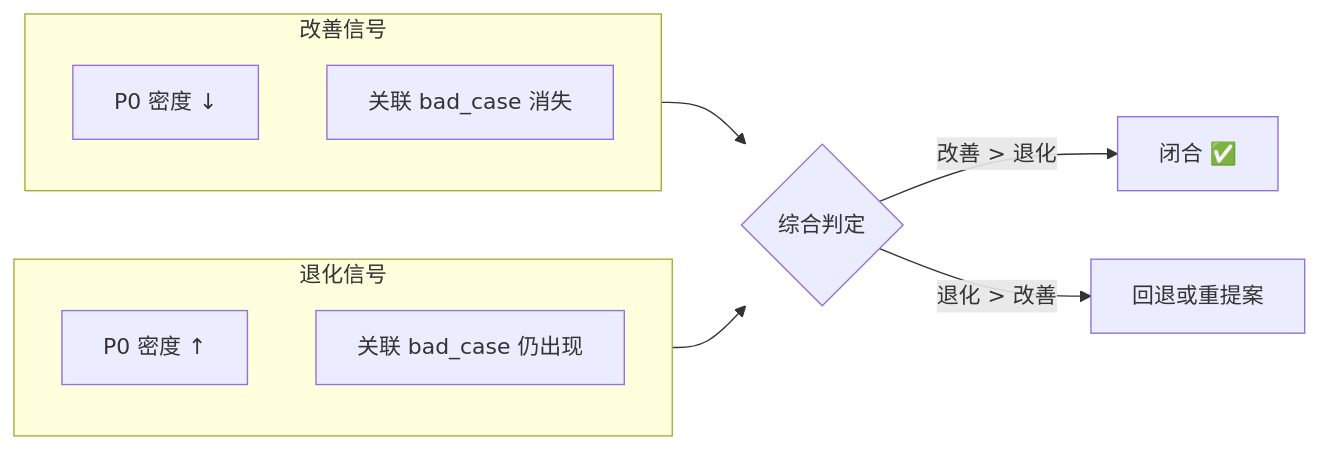
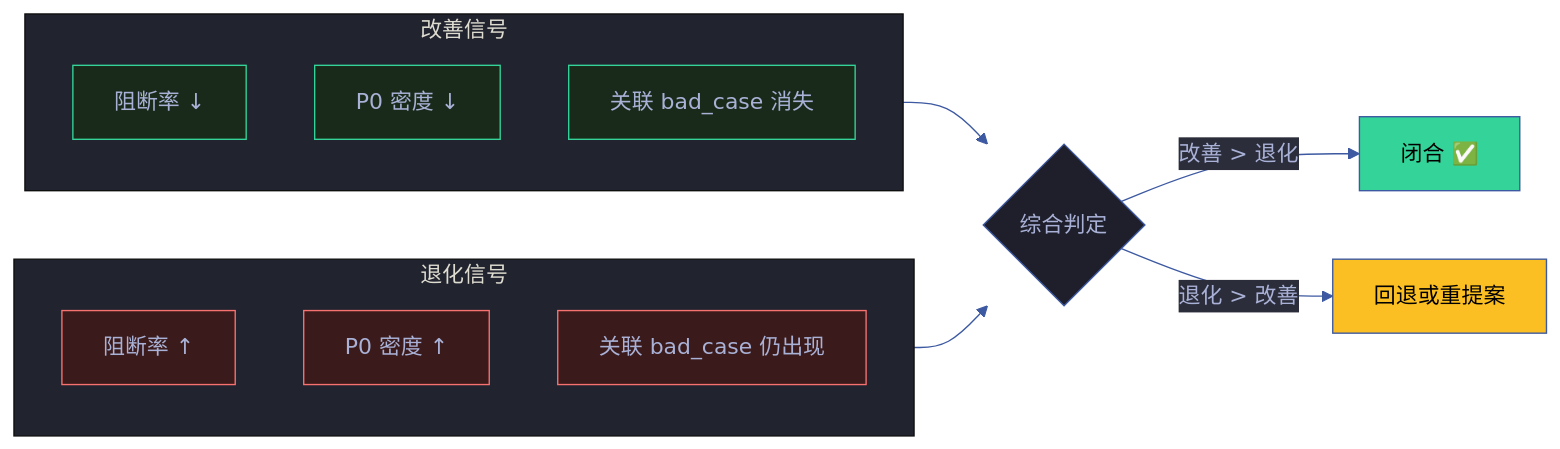
Before and after one commit to effiy/YrY: the sixth of 10 diagrams in skills/rui-yry/rules/self-improve.md, drawn with Mermaid. The commit also changed other lines of this file and 1028 other files, not shown here.

````diff
--- a/skills/rui-yry/rules/self-improve.md
+++ b/skills/rui-yry/rules/self-improve.md
@@ -169,19 +212,30 @@
 ```mermaid
+%%{init: {'theme': 'base', 'themeVariables': {
+  'primaryColor': '#1e1f2b',
+  'primaryTextColor': '#a9b1d6',
+  'primaryBorderColor': '#3d59a1',
+  'lineColor': '#3d59a1',
+  'secondaryColor': '#2b2d3b',
+  'tertiaryColor': '#21232f'
+}}}%%
 flowchart LR
     subgraph 改善["改善信号"]
-        direction TB
+        UP1["阻断率 ↓"]:::good
         UP2["P0 密度 ↓"]:::good
         UP3["关联 bad_case 消失"]:::good
     end
     subgraph 退化["退化信号"]
-        direction TB
+        DN1["阻断率 ↑"]:::bad
         DN2["P0 密度 ↑"]:::bad
         DN3["关联 bad_case 仍出现"]:::bad
     end
     改善 --> JUDGE{"综合判定"}
     退化 --> JUDGE
     JUDGE -->|"改善 > 退化"| CLOSE["闭合 ✅"]:::ok
     JUDGE -->|"退化 > 改善"| ROLL["回退或重提案"]:::warn
 
-
+    classDef good fill:#1a2a1a,stroke:#34d399,color:#a9b1d6
+    classDef bad fill:#3a1a1a,stroke:#f87171,color:#a9b1d6
+    classDef ok fill:#34d399,color:#000
+    classDef warn fill:#fbbf24,color:#000
 ```
````
